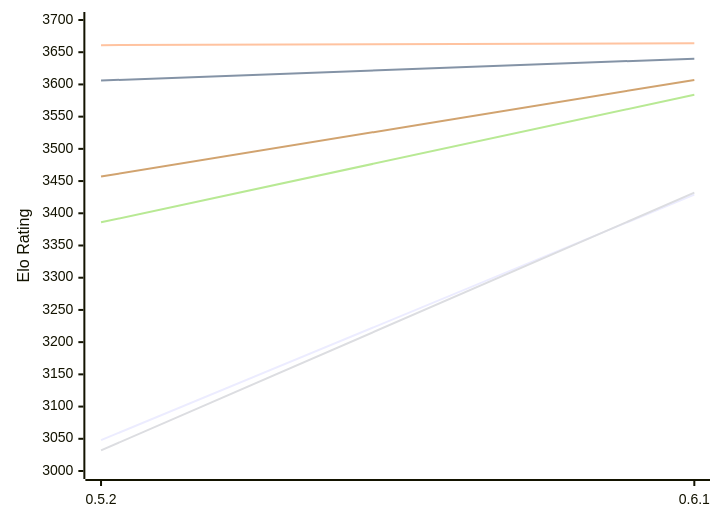
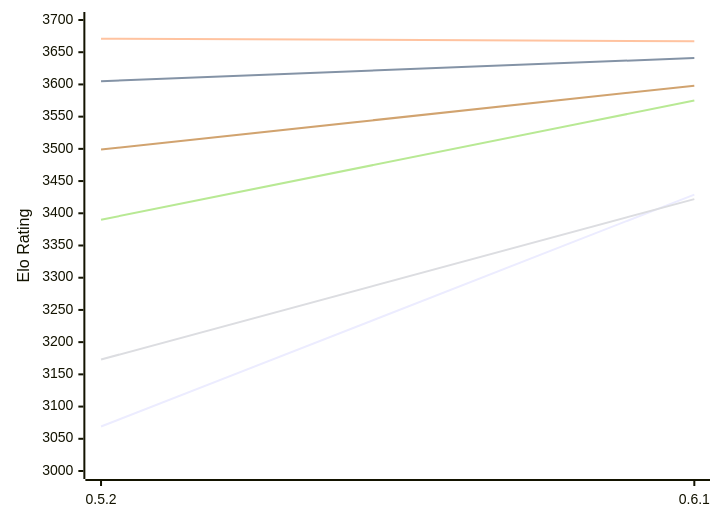
One commit to computer-chess-index/cci changed the first of 2 diagrams in engines/Cinder.md. Above: the diagram before and after it, drawn with Mermaid. The commit also changed other lines of this file, not shown here.

Commit message:
Update CCI Ratings (ELO VLTC) - 2026-11-15

````diff
--- a/engines/Cinder.md
+++ b/engines/Cinder.md
@@ -54,12 +54,12 @@
 ```mermaid
 %%{init: {"theme":"base","themeVariables":{"seriesColors:['#a3a3a3','#222221','#faa371']}}}%%
 xychart-beta
   x-axis ["0.5.2", "0.6.1"]
   y-axis "Elo Rating" 3000 --> 3700
-  line "E1: STC (8.0+0.08s)" [3048, 3429]
-  line "E1: LTC (60.0+0.60s)" [3606, 3640]
-  line "E1: VLTC (2m24s+1.12s)" [3661, 3664]
-  line "P1: STC (8.0+0.08s)" [3032, 3432]
-  line "P1: LTC (60.0+0.60s)" [3386, 3584]
-  line "P1: VLTC (2m24s+1.12s)" [3457, 3607]
+  line "E1: STC (8.0+0.08s)" [3069, 3429]
+  line "E1: LTC (60.0+0.60s)" [3605, 3641]
+  line "E1: VLTC (2m24s+1.12s)" [3671, 3667]
+  line "P1: STC (8.0+0.08s)" [3173, 3422]
+  line "P1: LTC (60.0+0.60s)" [3390, 3575]
+  line "P1: VLTC (2m24s+1.12s)" [3499, 3598]
 ```
````
